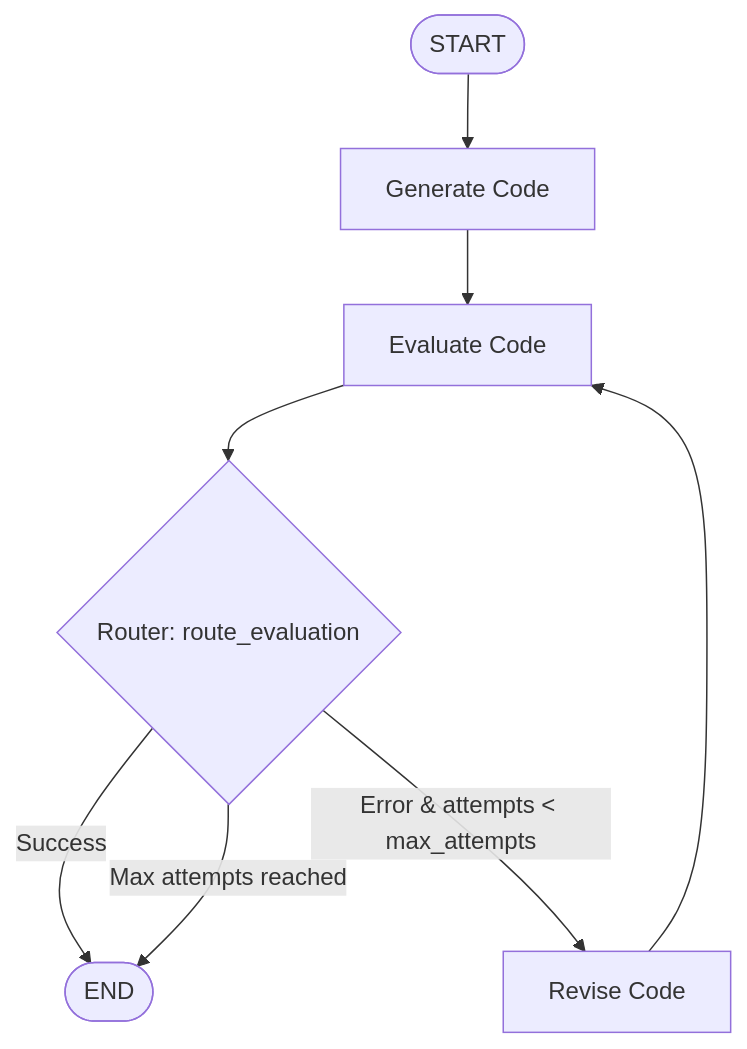
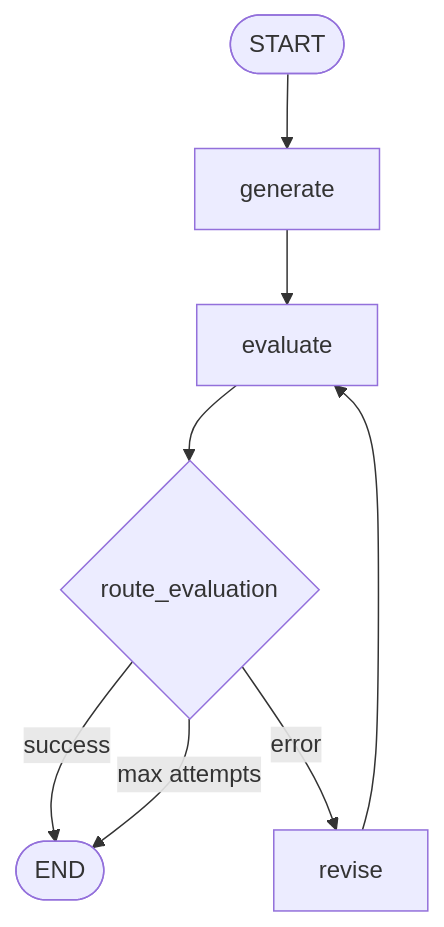
The diagram in labs/04_cycles_and_limits/README.md (tutran27/langgraph-learning-labs), drawn with Mermaid before and after one commit. The commit also changed other lines of this file and 9 other files, not shown here.

````diff
--- a/labs/04_cycles_and_limits/README.md
+++ b/labs/04_cycles_and_limits/README.md
@@ -25,12 +24,10 @@
 ```mermaid
 graph TD
-    START([START]) --> generate[Generate Code]
-    generate --> evaluate[Evaluate Code]
-    evaluate --> router{Router: route_evaluation}
-    
-    router -->|Success| END([END])
-    router -->|Error & attempts < max_attempts| revise[Revise Code]
-    router -->|Max attempts reached| END
-    
+    START([START]) --> generate[generate]
+    generate --> evaluate[evaluate]
+    evaluate --> router{route_evaluation}
+    router -->|success| END([END])
+    router -->|error| revise[revise]
+    router -->|max attempts| END
     revise --> evaluate
 ```
````
